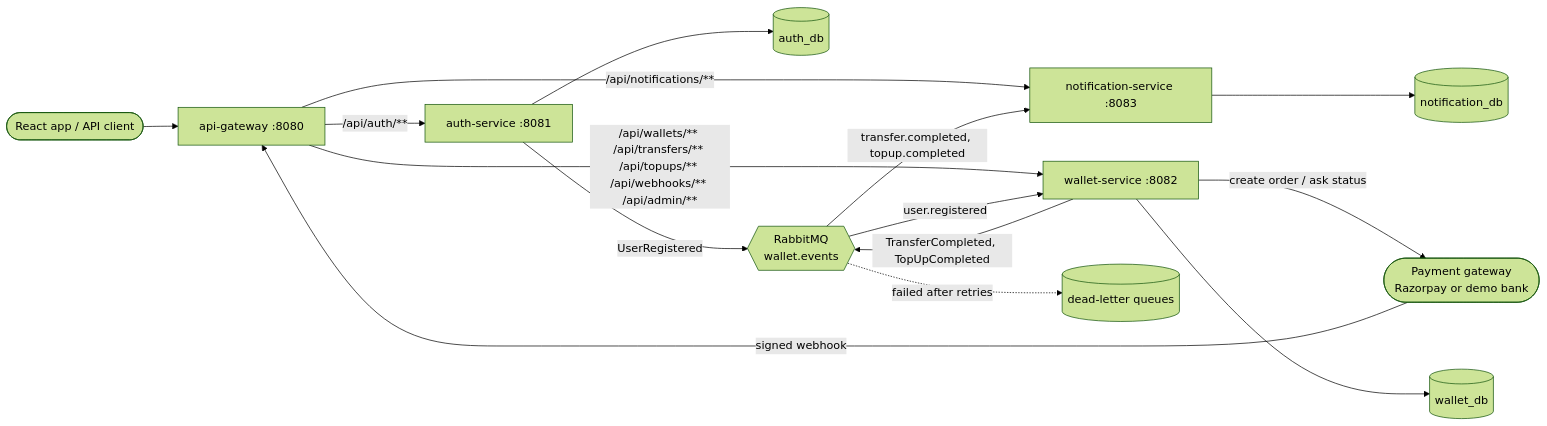
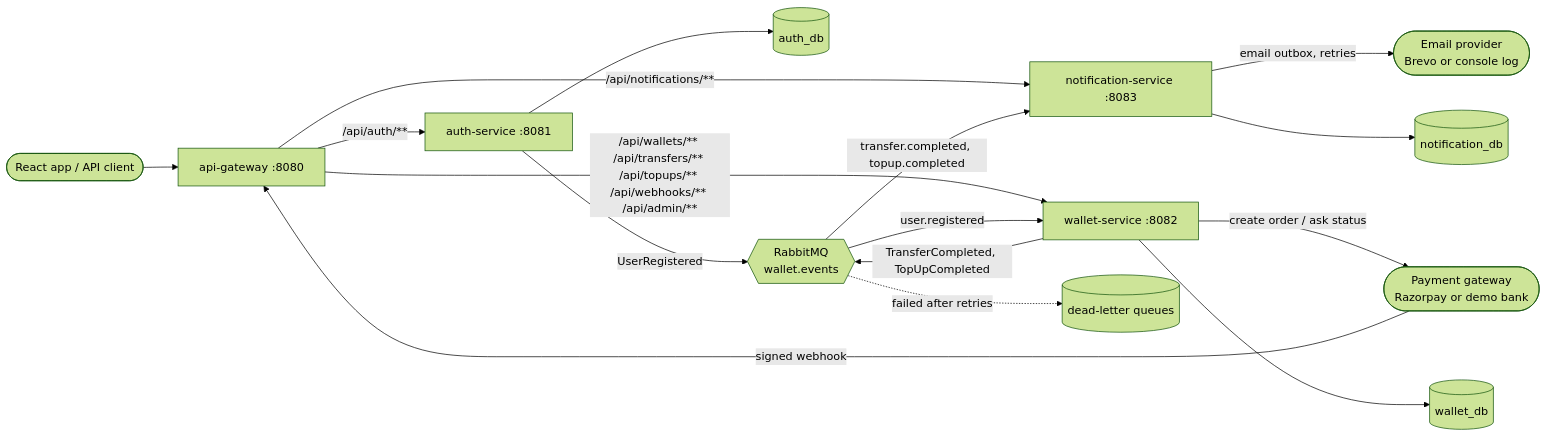
One commit to arjunkumar913/Smart_wallet changed the first of 5 diagrams in README.md. Above: the diagram before and after it, drawn with Mermaid (forest theme). The commit also changed other lines of this file and 33 other files, not shown here.

Commit message:
Add email notifications via transactional outbox (Brevo), return 404/405 for bad URLs

````diff
--- a/README.md
+++ b/README.md
@@ -20,20 +20,21 @@
 ```mermaid
 flowchart LR
     Client([React app / API client]) --> GW[api-gateway :8080]
     PG([Payment gateway<br/>Razorpay or demo bank]) -- signed webhook --> GW
     WAL -- create order / ask status --> PG
 
     GW -->|/api/auth/**| AUTH[auth-service :8081]
     GW -->|/api/wallets/** /api/transfers/** /api/topups/** /api/webhooks/** /api/admin/**| WAL[wallet-service :8082]
     GW -->|/api/notifications/**| NOTIF[notification-service :8083]
 
     AUTH --> ADB[(auth_db)]
     WAL --> WDB[(wallet_db)]
     NOTIF --> NDB[(notification_db)]
 
     AUTH -- UserRegistered --> MQ{{RabbitMQ<br/>wallet.events}}
     WAL -- TransferCompleted, TopUpCompleted --> MQ
     MQ -- user.registered --> WAL
     MQ -- transfer.completed, topup.completed --> NOTIF
     MQ -.failed after retries.-> DLQ[(dead-letter queues)]
+    NOTIF -- email outbox, retries --> MAIL([Email provider<br/>Brevo or console log])
 ```
````
